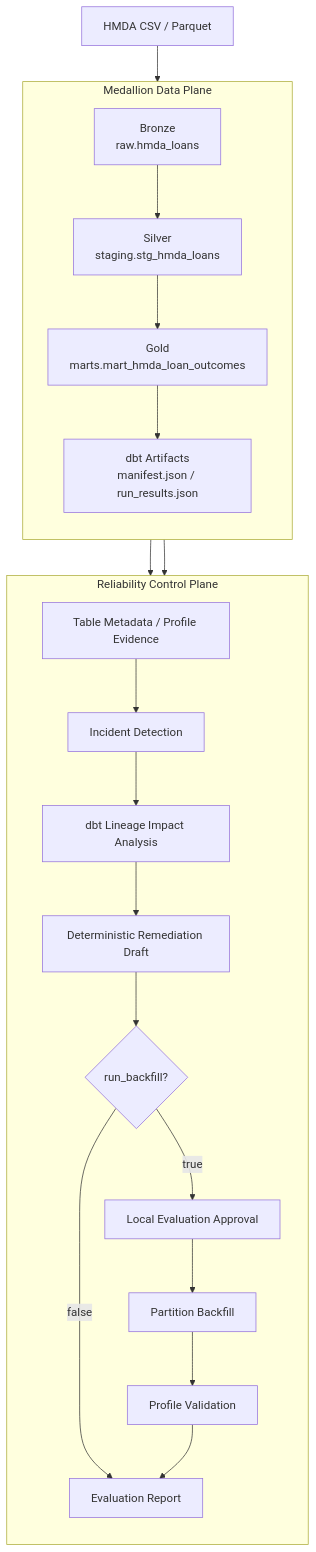
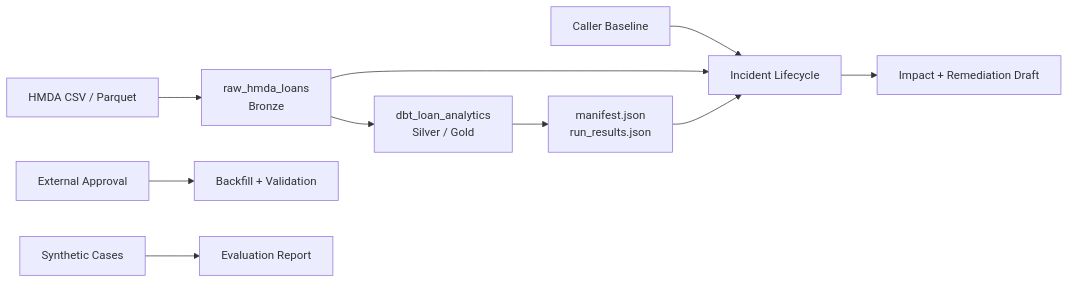
One commit to mols3131d/hmda-data-reliability changed the diagram in docs/architecture.md. Above: the diagram before and after it, drawn with Mermaid. The commit also changed other lines of this file and 4 other files, not shown here.

Commit message:
docs: update README and architecture for clarity; add getting started guide

````diff
--- a/docs/architecture.md
+++ b/docs/architecture.md
@@ -21,35 +7,14 @@
 ```mermaid
-flowchart TB
-    files[HMDA CSV / Parquet]
+flowchart LR
+    files[HMDA CSV / Parquet] --> raw[raw_hmda_loans<br/>Bronze]
+    raw --> dbt[dbt_loan_analytics<br/>Silver / Gold]
+    dbt --> artifacts[manifest.json<br/>run_results.json]
 
-    subgraph dataPlane[Medallion Data Plane]
-        direction TB
-        bronze[Bronze<br/>raw.hmda_loans]
-        silver[Silver<br/>staging.stg_hmda_loans]
-        gold[Gold<br/>marts.mart_hmda_loan_outcomes]
-        artifacts[dbt Artifacts<br/>manifest.json / run_results.json]
+    baseline[Caller Baseline] --> lifecycle[Incident Lifecycle]
+    raw --> lifecycle
+    artifacts --> lifecycle
+    lifecycle --> draft[Impact + Remediation Draft]
 
-        bronze --> silver --> gold --> artifacts
-    end
-
-    subgraph controlPlane[Reliability Control Plane]
-        direction TB
-        evidence[Table Metadata / Profile Evidence]
-        detection[Incident Detection]
-        impact[dbt Lineage Impact Analysis]
-        remediation[Deterministic Remediation Draft]
-        recovery{run_backfill?}
-        approval[Local Evaluation Approval]
-        backfill[Partition Backfill]
-        validation[Profile Validation]
-        report[Evaluation Report]
-
-        evidence --> detection --> impact --> remediation --> recovery
-        recovery -- false --> report
-        recovery -- true --> approval --> backfill --> validation --> report
-    end
-
-    files --> bronze
-    bronze --> evidence
-    artifacts --> impact
+    approval[External Approval] --> recovery[Backfill + Validation]
+    synthetic[Synthetic Cases] --> evaluation[Evaluation Report]
 ```
````
